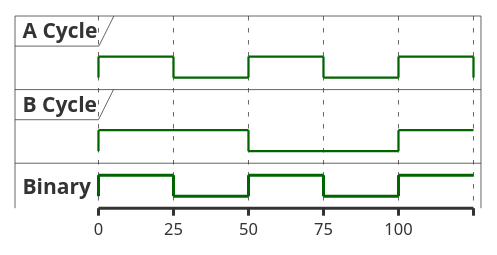
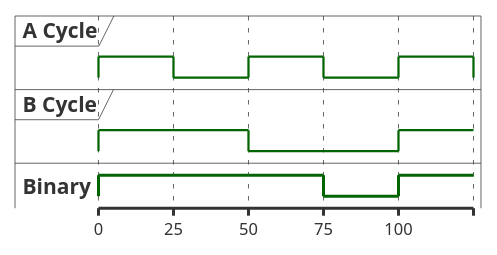
The first of 24 diagrams in PlantUML - Timing diagram.md (peponi-paradise/PlantUML), drawn with PlantUML before and after one commit. The commit also changed other lines of this file and 1 other file, not shown here.

Commit message:
Timing diagram 업데이트

````diff
--- a/PlantUML - Timing diagram.md
+++ b/PlantUML - Timing diagram.md
@@ -5,24 +5,24 @@
 ```plantuml
 @startuml
 
 clock "A Cycle" as A with period 50
 clock "B Cycle" as B with period 100
 binary  "Binary"  as C
 
 @0
 C is high
 
 @25
-C is low
+C is high
 
 @50
 C is high
 
 @75
 C is low
 
 @100 
 C is high
 
 @enduml
 ```
````
